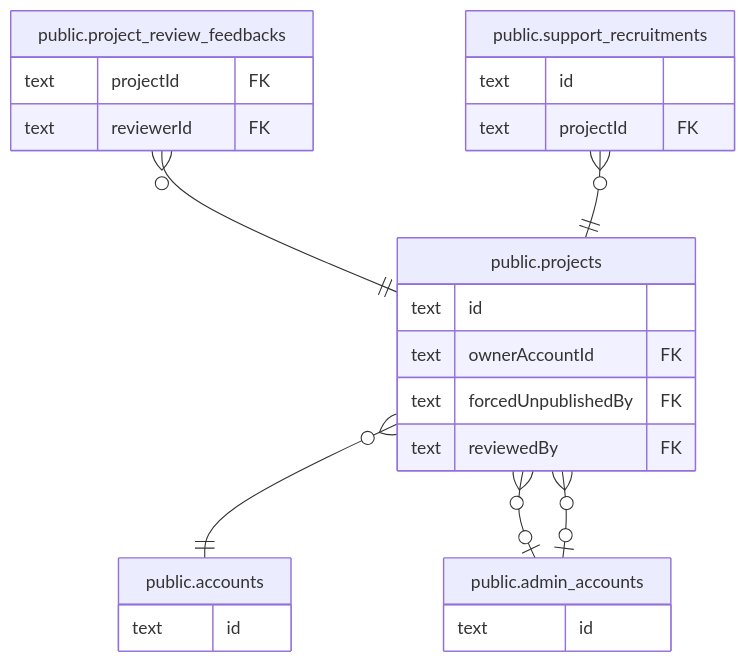
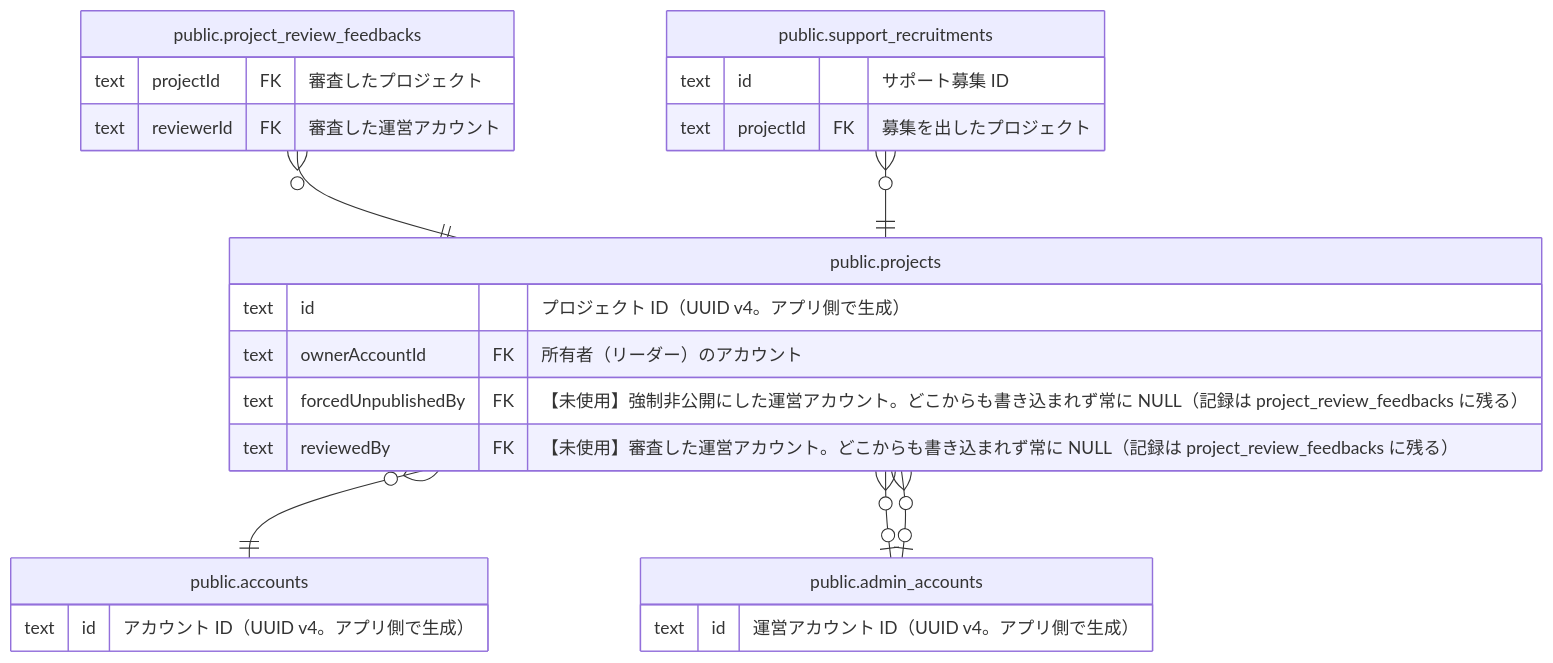
Before and after one commit to Physicalfunding/PhysiFun: the diagram in docs/db/public.projects.md, drawn with Mermaid. The commit also changed other lines of this file and 23 other files, not shown here.

````diff
--- a/docs/db/public.projects.md
+++ b/docs/db/public.projects.md
@@ -61,30 +65,30 @@
 ```mermaid
 erDiagram
 
 "public.project_review_feedbacks" }o--|| "public.projects" : ""
 "public.support_recruitments" }o--|| "public.projects" : ""
 "public.projects" }o--|| "public.accounts" : ""
 "public.projects" }o--o| "public.admin_accounts" : ""
 "public.projects" }o--o| "public.admin_accounts" : ""
 
 "public.projects" {
-  text id ""
-  text ownerAccountId FK ""
-  text forcedUnpublishedBy FK ""
-  text reviewedBy FK ""
+  text id "プロジェクト ID（UUID v4。アプリ側で生成）"
+  text ownerAccountId FK "所有者（リーダー）のアカウント"
+  text forcedUnpublishedBy FK "【未使用】強制非公開にした運営アカウント。どこからも書き込まれず常に NULL（記録は project_review_feedbacks に残る）"
+  text reviewedBy FK "【未使用】審査した運営アカウント。どこからも書き込まれず常に NULL（記録は project_review_feedbacks に残る）"
 }
 "public.project_review_feedbacks" {
-  text projectId FK ""
-  text reviewerId FK ""
+  text projectId FK "審査したプロジェクト"
+  text reviewerId FK "審査した運営アカウント"
 }
 "public.support_recruitments" {
-  text id ""
-  text projectId FK ""
+  text id "サポート募集 ID"
+  text projectId FK "募集を出したプロジェクト"
 }
 "public.accounts" {
-  text id ""
+  text id "アカウント ID（UUID v4。アプリ側で生成）"
 }
 "public.admin_accounts" {
-  text id ""
+  text id "運営アカウント ID（UUID v4。アプリ側で生成）"
 }
 ```
````
